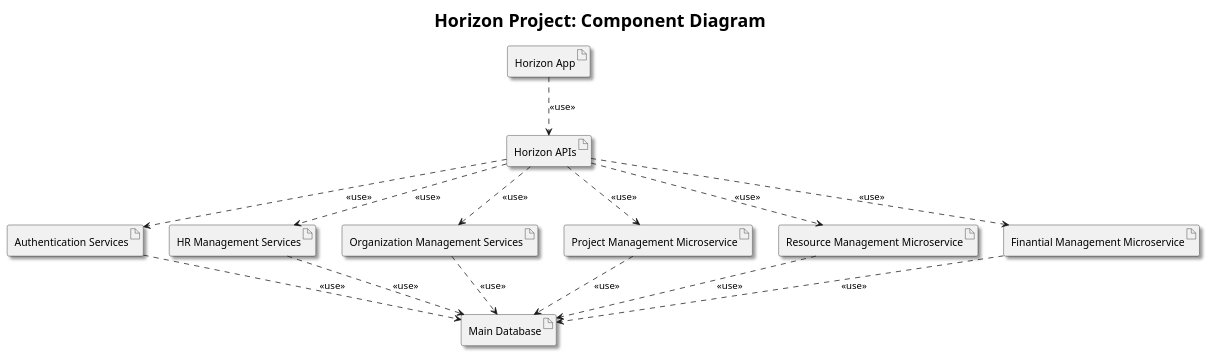
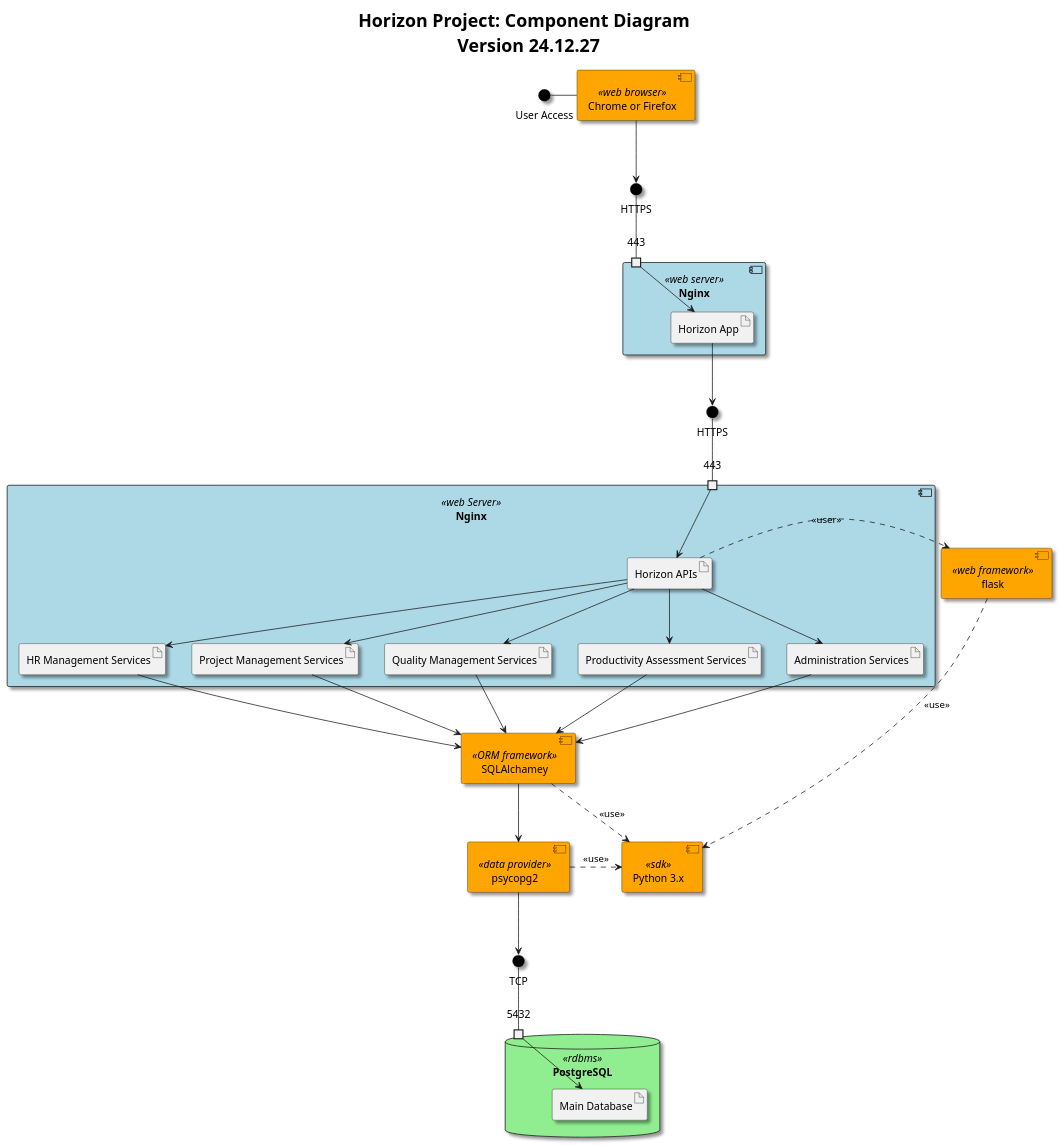
One commit to mahyaresteki/Horizon changed the diagram in HorizonAnalysis/HorizonUml/Component/CompanentDiagram.puml. Above: the diagram before and after it, drawn with PlantUML. The commit also changed 15 other files, not shown here.

```diff
--- a/HorizonAnalysis/HorizonUml/Component/CompanentDiagram.puml
+++ b/HorizonAnalysis/HorizonUml/Component/CompanentDiagram.puml
@@ -1,56 +1,96 @@
 @startuml
 
 skinparam Shadowing True
 skinparam titleFontSize 24pt
 
 skinparam interface{
   BackgroundColor #Black
 }
 
 skinparam component{
   BackgroundColor #Orange
 }
 
 skinparam file{
   BackgroundColor #lightsalmon
 }
 
 skinparam package{
   BackgroundColor #lightblue
 }
 
 skinparam node{
   BackgroundColor #Yellow
 }
 
 skinparam database{
   BackgroundColor #Lightgreen
 }
 
-title Horizon Project: Component Diagram
-
-artifact "Main Database" as mainDb
-artifact "Horizon App" as horizonApp
-artifact "Horizon APIs" as horizonApis
-artifact "Authentication Services" as authServices
-artifact "HR Management Services" as hrServices
-artifact "Organization Management Services" as orgServices
-artifact "Project Management Microservice" as proServices
-artifact "Resource Management Microservice" as resServices
-artifact "Finantial Management Microservice" as finServices
+title Horizon Project: Component Diagram \n Version 24.12.27
 
 
-horizonApp ..>  horizonApis: <<use>>
-horizonApis ..> authServices : <<use>>
-horizonApis ..> orgServices : <<use>>
-horizonApis ..> hrServices : <<use>>
-horizonApis ..> proServices : <<use>>
-horizonApis ..> finServices : <<use>>
-horizonApis ..> resServices : <<use>>
-authServices ..> mainDb : <<use>>
-orgServices ..> mainDb : <<use>>
-hrServices ..> mainDb : <<use>>
-proServices ..> mainDb : <<use>>
-finServices ..> mainDb : <<use>>
-resServices ..> mainDb : <<use>>
+
+
+component "Chrome or Firefox" as browser <<web browser>>
+component "Nginx" as webServer1 <<web server>>{
+  portin "443" as ws1443
+  artifact "Horizon App" as horizonApp
+}
+component "Nginx" as webServer <<web Server>>{
+  portin "443" as ws443
+  artifact "Horizon APIs" as horizonApis
+  artifact "Administration Services" as adminServices
+  artifact "HR Management Services" as hrServices
+  artifact "Project Management Services" as proServices
+  artifact "Quality Management Services" as qcServices
+  artifact "Productivity Assessment Services" as paServices
+}
+
+database "PostgreSQL" as rdbms <<rdbms>>{
+  portin "5432" as pogresql5432
+  artifact "Main Database" as mainDb
+}
+
+component "Python 3.x" as python3<<sdk>>
+component "flask" as flask <<web framework>>
+component "SQLAlchamey" as sqlalchamey <<ORM framework>>
+component "psycopg2" as psycopg2 <<data provider>>
+() "User Access" as userAccess
+() "HTTPS" as https1
+() "HTTPS" as https2
+() "TCP" as tcp
+
+userAccess - browser
+https1 -- ws1443
+ws1443 --> horizonApp
+browser --> https1
+https2 -- ws443
+horizonApp -->  https2
+horizonApis .> flask : <<user>>
+ws443 --> horizonApis 
+horizonApis --> adminServices
+horizonApis --> hrServices
+horizonApis --> proServices
+horizonApis --> qcServices
+horizonApis --> paServices 
+
+
+adminServices --> sqlalchamey
+hrServices --> sqlalchamey
+proServices --> sqlalchamey
+qcServices --> sqlalchamey
+paServices --> sqlalchamey
+
+flask .> python3 : <<use>>
+sqlalchamey .> python3 : <<use>>
+psycopg2 .> python3 : <<use>>
+
+
+sqlalchamey --> psycopg2
+
+psycopg2 --> tcp
+
+tcp -- pogresql5432
+pogresql5432 --> mainDb
 @enduml
```
